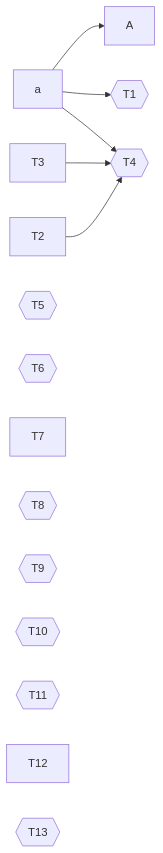
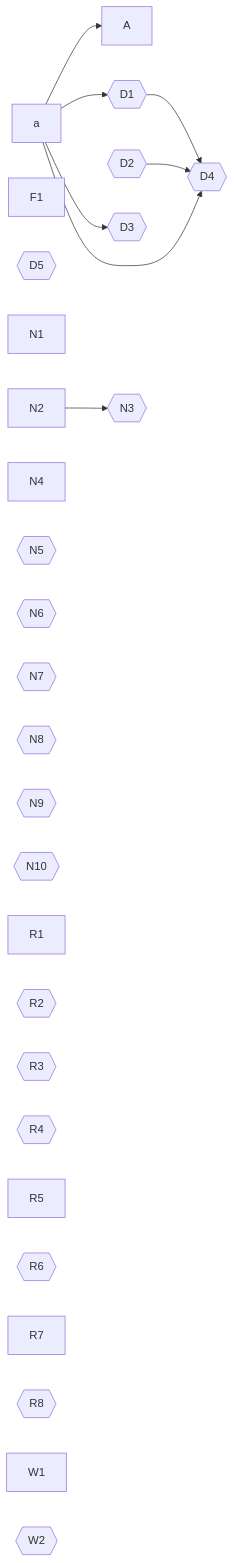
One commit to sympoies/agent-runtime-kit changed the third of 3 diagrams in tests/fixtures/tracker-row-grammar/valid/edge-cases.md. Above: the diagram before and after it, drawn with Mermaid. The commit also changed other lines of this file and 38 other files, not shown here.

````diff
--- a/tests/fixtures/tracker-row-grammar/valid/edge-cases.md
+++ b/tests/fixtures/tracker-row-grammar/valid/edge-cases.md
@@ -41,23 +92,38 @@
 ```mermaid
 graph LR
   a
   A
-  T1{{T1}}
-  T2
-  T3
-  T4{{T4}}
-  T5{{T5}}
-  T6{{T6}}
-  T7
-  T8{{T8}}
-  T9{{T9}}
-  T10{{T10}}
-  T11{{T11}}
-  T12
-  T13{{T13}}
+  F1
+  D1{{D1}}
+  D2{{D2}}
+  D3{{D3}}
+  D4{{D4}}
+  D5{{D5}}
+  N1
+  N2
+  N3{{N3}}
+  N4
+  N5{{N5}}
+  N6{{N6}}
+  N7{{N7}}
+  N8{{N8}}
+  N9{{N9}}
+  N10{{N10}}
+  R1
+  R2{{R2}}
+  R3{{R3}}
+  R4{{R4}}
+  R5
+  R6{{R6}}
+  R7
+  R8{{R8}}
+  W1
+  W2{{W2}}
   a --> A
-  a --> T1
-  T3 --> T4
-  T2 --> T4
-  a --> T4
+  a --> D1
+  a --> D3
+  D1 --> D4
+  D2 --> D4
+  a --> D4
+  N2 --> N3
 ```
````
